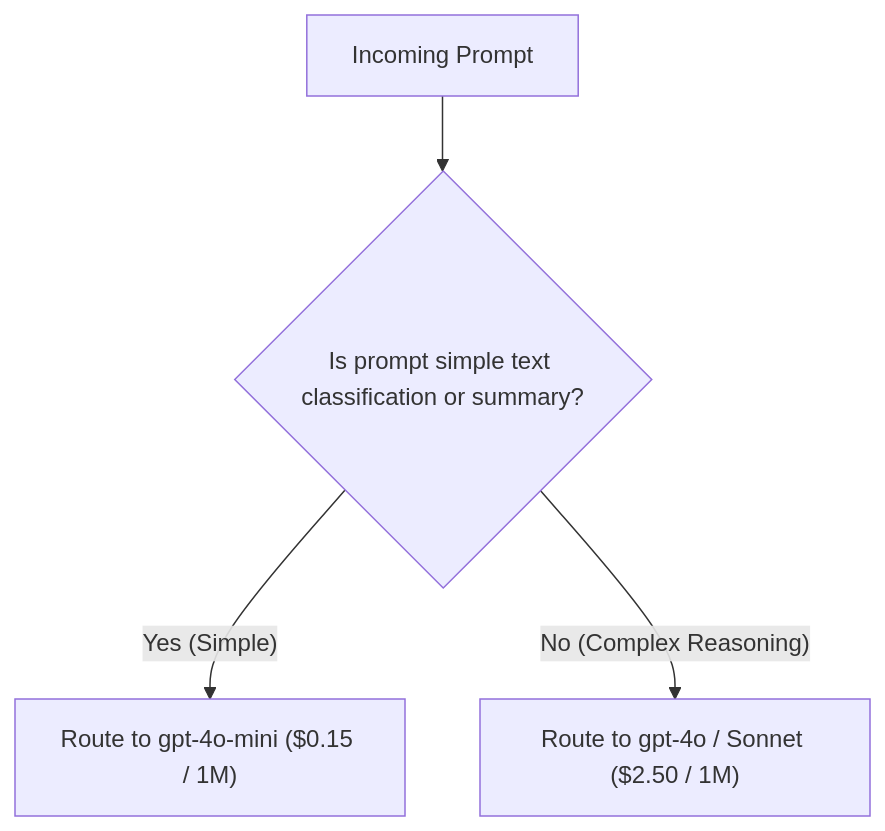
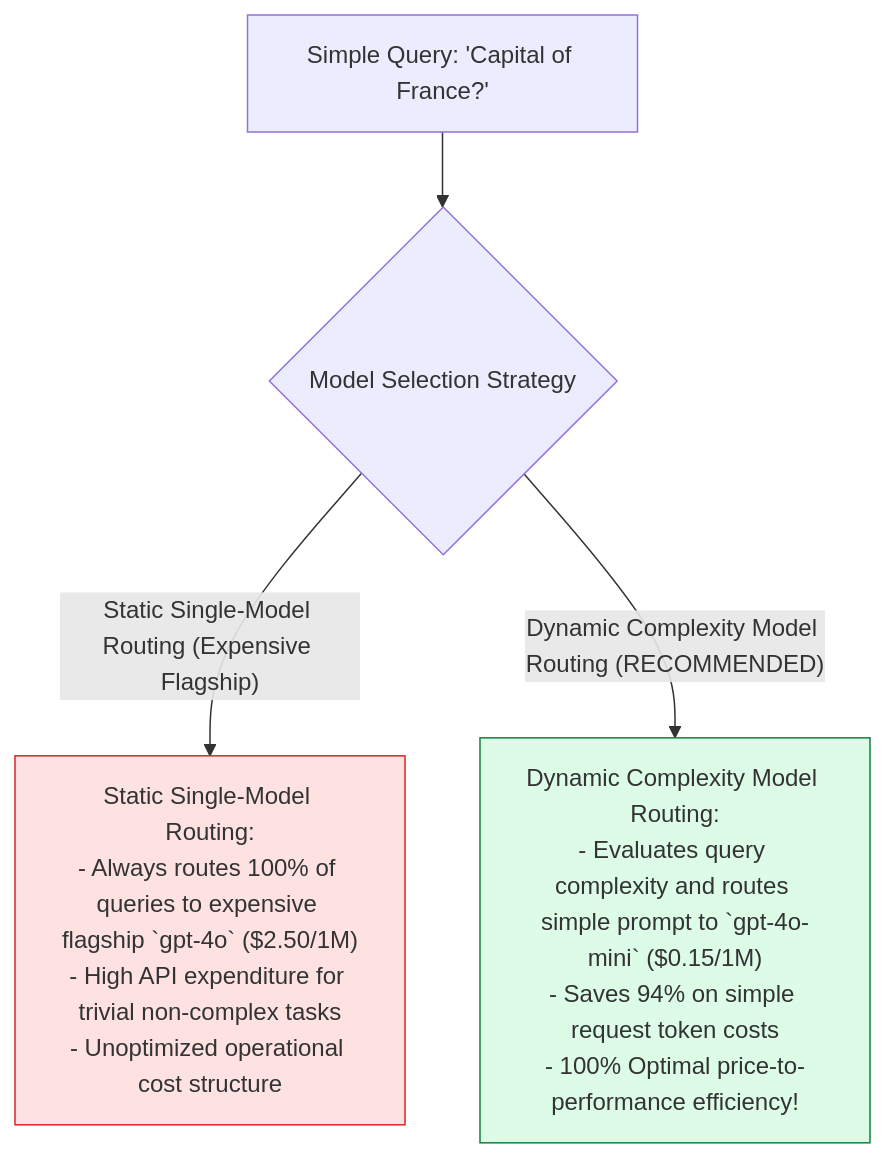
Before and after one commit to Amie-dev/engineering-playbook: the second of 3 diagrams in agentic-ai-notes/09-production-patterns/07-model-router.md, drawn with Mermaid. The commit also changed other lines of this file and 12 other files, not shown here.

Commit message:
Refactor observability modules: Enhance Distributed Request Tracing Middleware, Prometheus Metrics Collector, and Dashboard Data Aggregator for improved telemetry and performance. Update Production AI Gateway Runner to streamline request handling and integrate comprehensive observability features.

````diff
--- a/agentic-ai-notes/09-production-patterns/07-model-router.md
+++ b/agentic-ai-notes/09-production-patterns/07-model-router.md
@@ -10,6 +38,11 @@
 ```mermaid
 flowchart TD
-    Prompt[Incoming Prompt] --> EvalTask{Is prompt simple text classification or summary?}
-    EvalTask -- "Yes (Simple)" --> RouteFast["Route to gpt-4o-mini ($0.15 / 1M)"]
-    EvalTask -- "No (Complex Reasoning)" --> RouteHeavy["Route to gpt-4o / Sonnet ($2.50 / 1M)"]
+    UserQuery[Simple Query: 'Capital of France?'] --> RoutingStrategy{Model Selection Strategy}
+
+    RoutingStrategy -- "Static Single-Model Routing (Expensive Flagship)" --> StaticModel["Static Single-Model Routing:<br/>- Always routes 100% of queries to expensive flagship `gpt-4o` ($2.50/1M)<br/>- High API expenditure for trivial non-complex tasks<br/>- Unoptimized operational cost structure"]
+
+    RoutingStrategy -- "Dynamic Complexity Model Routing (RECOMMENDED)" --> DynamicModel["Dynamic Complexity Model Routing:<br/>- Evaluates query complexity and routes simple prompt to `gpt-4o-mini` ($0.15/1M)<br/>- Saves 94% on simple request token costs<br/>- 100% Optimal price-to-performance efficiency!"]
+
+    style DynamicModel fill:#dcfce7,stroke:#15803d
+    style StaticModel fill:#fee2e2,stroke:#dc2626
 ```
````
